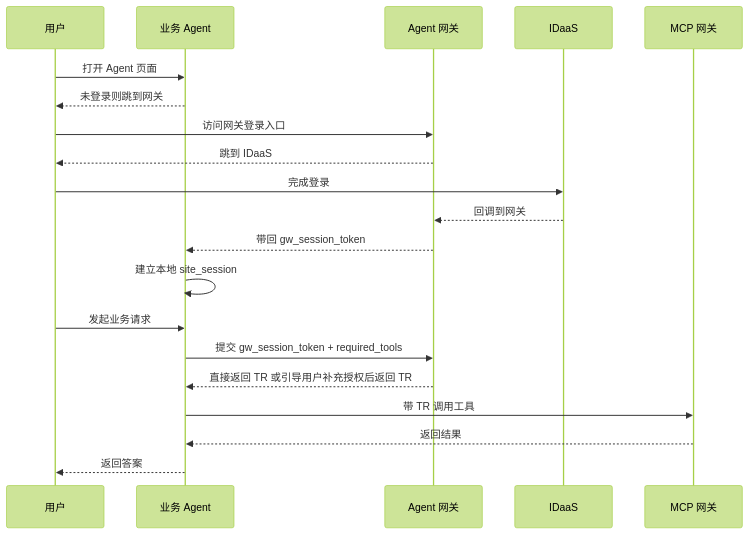
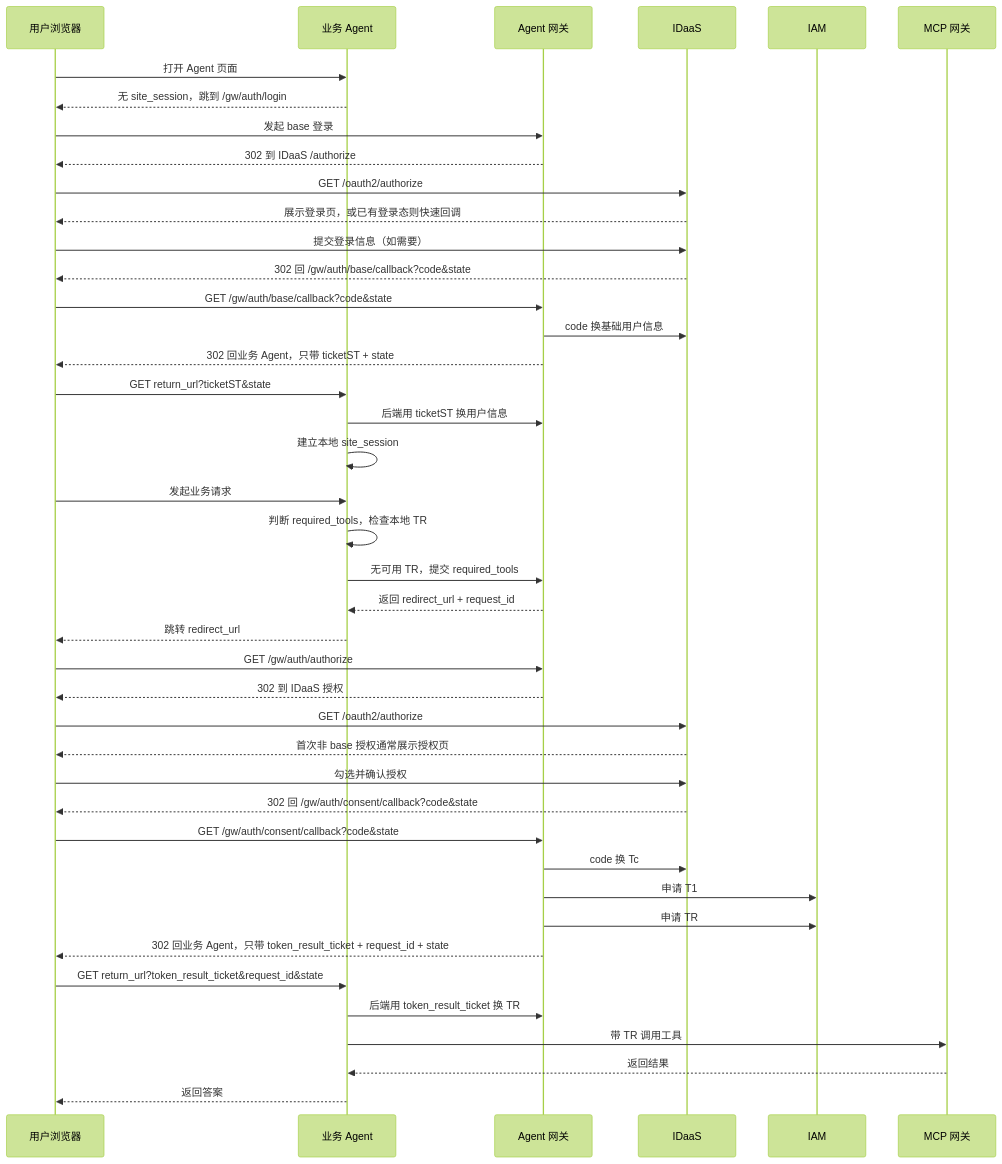
Before and after one commit to xuning117634-ux/auth-design-spec: the first of 3 diagrams in docs/final_design/02_引入Agent网关版方案.md, drawn with Mermaid (forest theme). The commit also changed other lines of this file and 31 other files, not shown here.

````diff
--- a/docs/final_design/02_引入Agent网关版方案.md
+++ b/docs/final_design/02_引入Agent网关版方案.md
@@ -84,24 +32,46 @@
 ```mermaid
 sequenceDiagram
-    participant 用户 as 用户
+    participant 用户 as 用户浏览器
     participant Agent as 业务 Agent
     participant GW as Agent 网关
     participant IDaaS as IDaaS
+    participant IAM as IAM
     participant MCP as MCP 网关
 
     用户->>Agent: 打开 Agent 页面
-    Agent-->>用户: 未登录则跳到网关
-    用户->>GW: 访问网关登录入口
-    GW-->>用户: 跳到 IDaaS
-    用户->>IDaaS: 完成登录
-    IDaaS-->>GW: 回调到网关
-    GW-->>Agent: 带回 gw_session_token
+    Agent-->>用户: 无 site_session，跳到 /gw/auth/login
+    用户->>GW: 发起 base 登录
+    GW-->>用户: 302 到 IDaaS /authorize
+    用户->>IDaaS: GET /oauth2/authorize
+    IDaaS-->>用户: 展示登录页，或已有登录态则快速回调
+    用户->>IDaaS: 提交登录信息（如需要）
+    IDaaS-->>用户: 302 回 /gw/auth/base/callback?code&state
+    用户->>GW: GET /gw/auth/base/callback?code&state
+    GW->>IDaaS: code 换基础用户信息
+    GW-->>用户: 302 回业务 Agent，只带 ticketST + state
+    用户->>Agent: GET return_url?ticketST&state
+    Agent->>GW: 后端用 ticketST 换用户信息
     Agent->>Agent: 建立本地 site_session
 
     用户->>Agent: 发起业务请求
-    Agent->>GW: 提交 gw_session_token + required_tools
-    GW-->>Agent: 直接返回 TR 或引导用户补充授权后返回 TR
+    Agent->>Agent: 判断 required_tools，检查本地 TR
+    Agent->>GW: 无可用 TR，提交 required_tools
+    GW-->>Agent: 返回 redirect_url + request_id
+    Agent-->>用户: 跳转 redirect_url
+    用户->>GW: GET /gw/auth/authorize
+    GW-->>用户: 302 到 IDaaS 授权
+    用户->>IDaaS: GET /oauth2/authorize
+    IDaaS-->>用户: 首次非 base 授权通常展示授权页
+    用户->>IDaaS: 勾选并确认授权
+    IDaaS-->>用户: 302 回 /gw/auth/consent/callback?code&state
+    用户->>GW: GET /gw/auth/consent/callback?code&state
+    GW->>IDaaS: code 换 Tc
+    GW->>IAM: 申请 T1
+    GW->>IAM: 申请 TR
+    GW-->>用户: 302 回业务 Agent，只带 token_result_ticket + request_id + state
+    用户->>Agent: GET return_url?token_result_ticket&request_id&state
+    Agent->>GW: 后端用 token_result_ticket 换 TR
     Agent->>MCP: 带 TR 调用工具
     MCP-->>Agent: 返回结果
     Agent-->>用户: 返回答案
 ```
````
